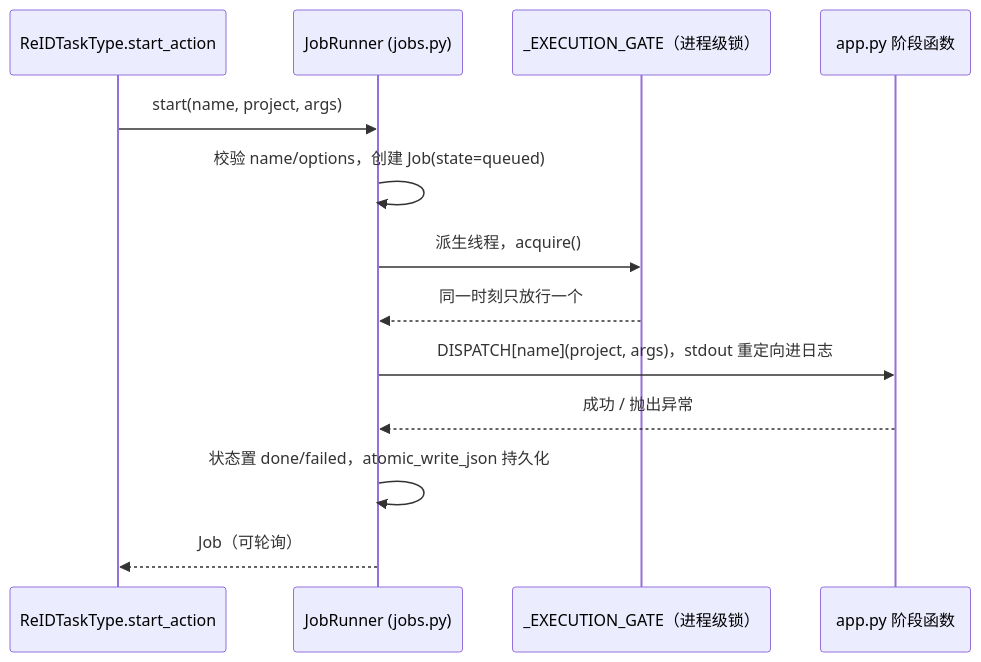
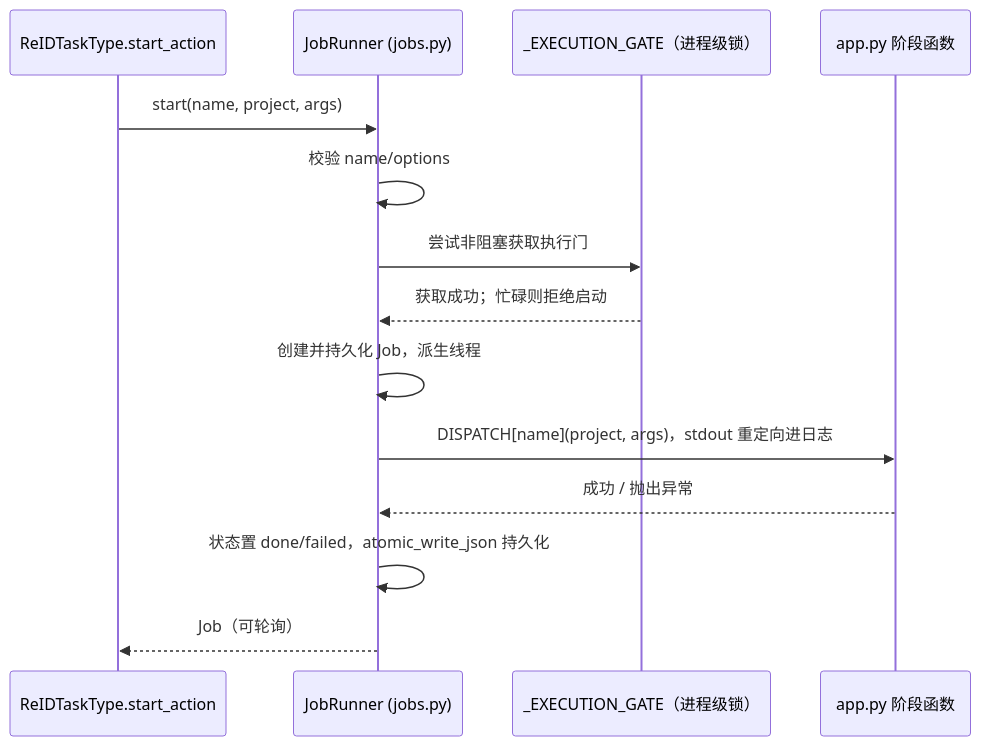
One commit to seagochen/annotation-toolkits changed the second of 2 diagrams in docs/detailed_design/30_ReID流水线.md. Above: the diagram before and after it, drawn with Mermaid. The commit also changed 20 other files, not shown here.

````diff
--- a/docs/detailed_design/30_ReID流水线.md
+++ b/docs/detailed_design/30_ReID流水线.md
@@ -69,16 +69,17 @@
 ```mermaid
 sequenceDiagram
     participant API as ReIDTaskType.start_action
     participant Runner as JobRunner (jobs.py)
     participant Gate as _EXECUTION_GATE（进程级锁）
     participant Stage as app.py 阶段函数
 
     API->>Runner: start(name, project, args)
-    Runner->>Runner: 校验 name/options，创建 Job(state=queued)
-    Runner->>Gate: 派生线程，acquire()
-    Gate-->>Runner: 同一时刻只放行一个
+    Runner->>Runner: 校验 name/options
+    Runner->>Gate: 尝试非阻塞获取执行门
+    Gate-->>Runner: 获取成功；忙碌则拒绝启动
+    Runner->>Runner: 创建并持久化 Job，派生线程
     Runner->>Stage: DISPATCH[name](project, args)，stdout 重定向进日志
     Stage-->>Runner: 成功 / 抛出异常
     Runner->>Runner: 状态置 done/failed，atomic_write_json 持久化
     Runner-->>API: Job（可轮询）
 ```
````
